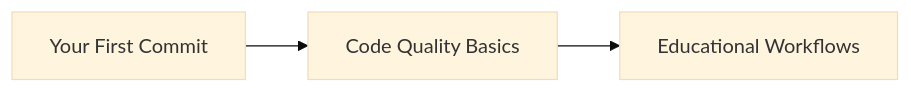
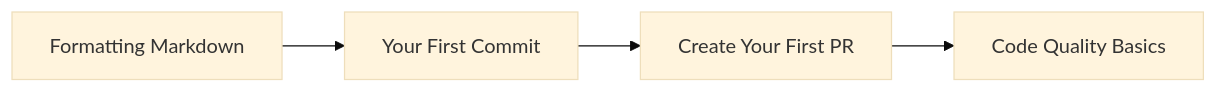
Before and after one commit to talent-factory/claude-plugins: the second of 3 diagrams in docs/guides/index.md, drawn with Mermaid (base theme). The commit also changed other lines of this file and 10 other files, not shown here.

````diff
--- a/docs/guides/index.md
+++ b/docs/guides/index.md
@@ -117,5 +128,6 @@
 ```mermaid
 graph LR
-    A[Your First Commit] --> B[Code Quality Basics]
-    B --> C[Educational Workflows]
+    A[Formatting Markdown] --> B[Your First Commit]
+    B --> C[Create Your First PR]
+    C --> D[Code Quality Basics]
 ```
````
